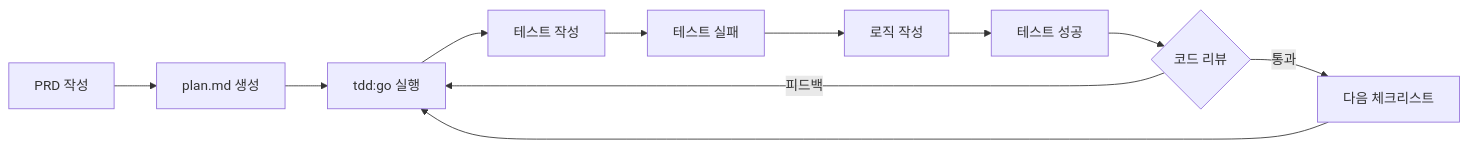
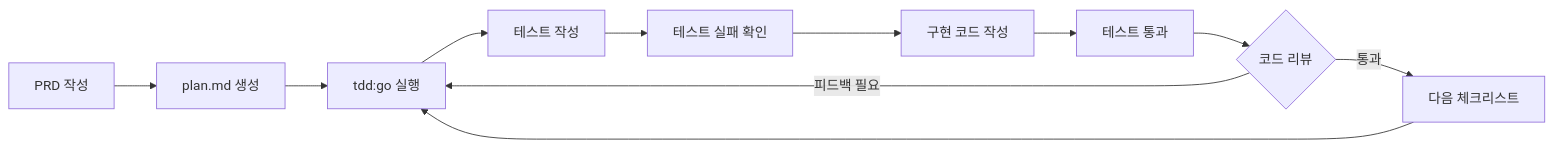
The first of 2 diagrams in .blog-system/drafts/2026-01-09-15-year-cto-vibe-coding.md (flowkater/flowkater.io), drawn with Mermaid before and after one commit. The commit also changed other lines of this file, not shown here.

````diff
--- a/.blog-system/drafts/2026-01-09-15-year-cto-vibe-coding.md
+++ b/.blog-system/drafts/2026-01-09-15-year-cto-vibe-coding.md
@@ -48,13 +54,13 @@
 ```mermaid
 flowchart LR
     A[PRD 작성] --> B[plan.md 생성]
     B --> C["tdd:go 실행"]
     C --> D[테스트 작성]
-    D --> E[테스트 실패]
-    E --> F[로직 작성]
-    F --> G[테스트 성공]
+    D --> E[테스트 실패 확인]
+    E --> F[구현 코드 작성]
+    F --> G[테스트 통과]
     G --> H{코드 리뷰}
-    H -->|피드백| C
+    H -->|피드백 필요| C
     H -->|통과| I[다음 체크리스트]
     I --> C
 ```
````
